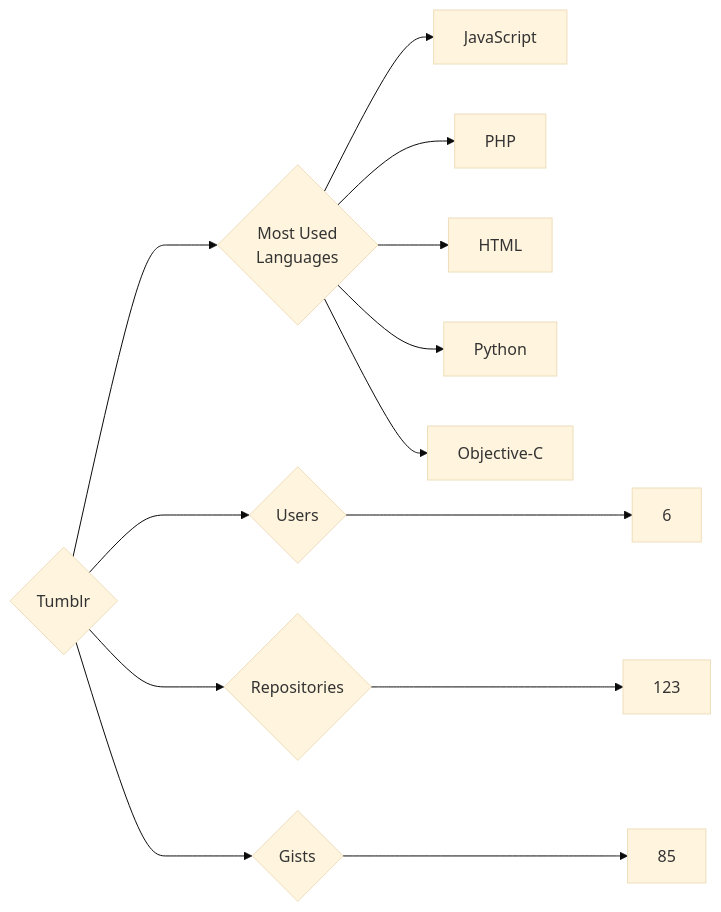
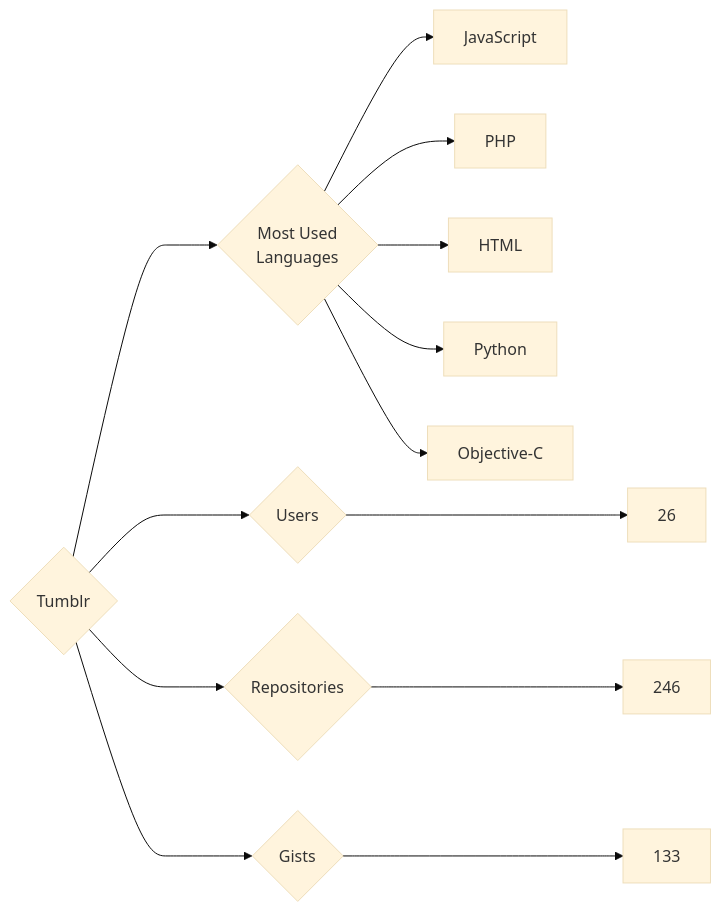
The diagram in targets/Tumblr/README.md (trickest/insiders), drawn with Mermaid (base theme) before and after one commit. The commit also changed 928 other files, not shown here.

````diff
--- a/targets/Tumblr/README.md
+++ b/targets/Tumblr/README.md
@@ -3,13 +3,13 @@
 ```mermaid
 graph LR
 COMPANY_NAME{Tumblr}
-COMPANY_NAME ---> U{Users} ---> UN[6]
-COMPANY_NAME ---> R{Repositories} ---> RN[123]
-COMPANY_NAME ---> G{Gists} ---> GN[85]
+COMPANY_NAME ---> U{Users} ---> UN[26]
+COMPANY_NAME ---> R{Repositories} ---> RN[246]
+COMPANY_NAME ---> G{Gists} ---> GN[133]
 COMPANY_NAME ---> ML{Most Used<br>Languages}
 ML --> JavaScript[JavaScript]
 ML --> PHP[PHP]
 ML --> HTML[HTML]
 ML --> Python[Python]
 ML --> Objective-C[Objective-C]
 ```
````
